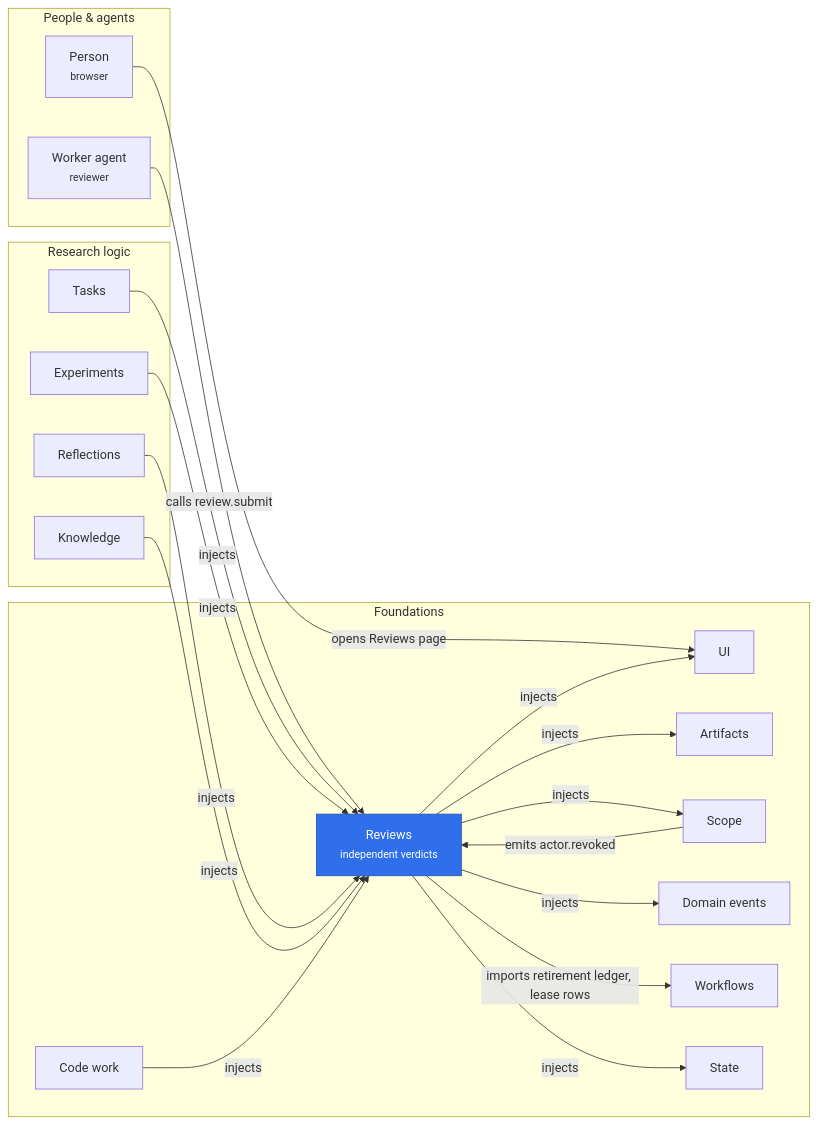
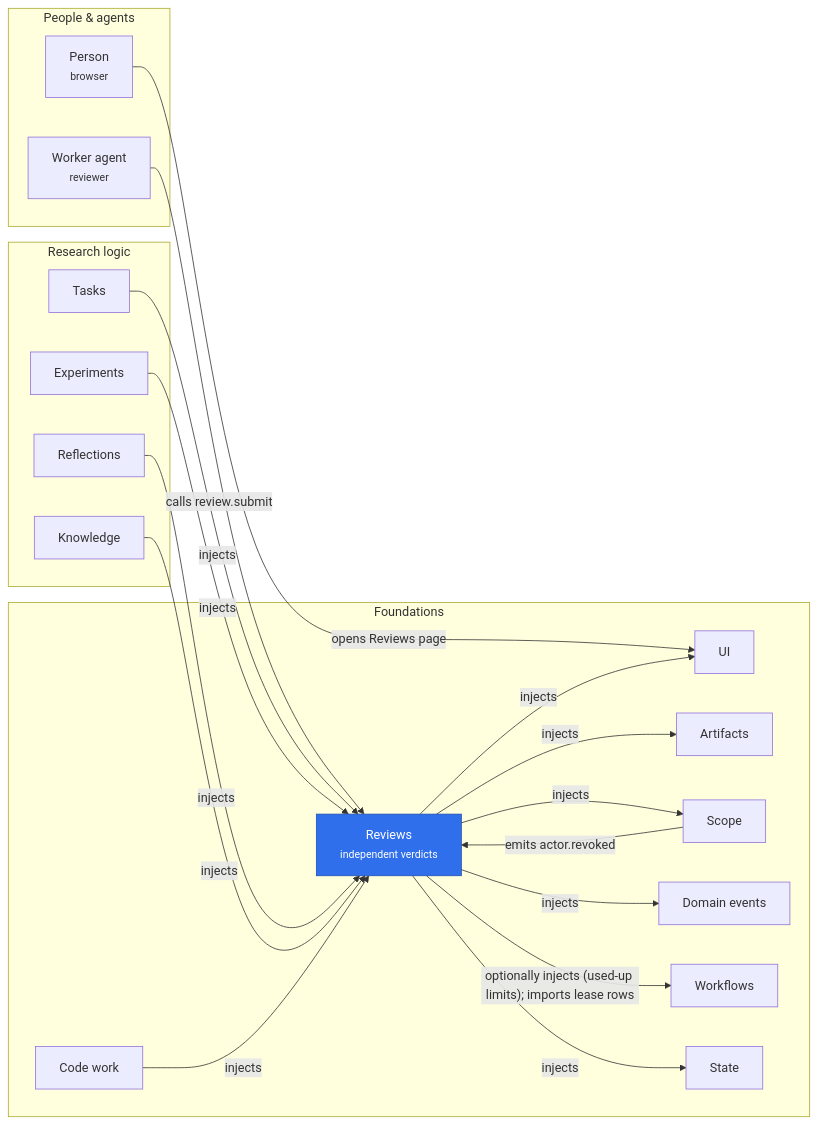
One commit to rapidreview-io/Merv changed the diagram in merv-typescript/packages/reviews/README.md. Above: the diagram before and after it, drawn with Mermaid. The commit also changed other lines of this file and 14 other files, not shown here.

First line of the commit message:
Reviews rules out returning verdicts at a used-up limit and words every owner's review card

````diff
--- a/merv-typescript/packages/reviews/README.md
+++ b/merv-typescript/packages/reviews/README.md
@@ -7,39 +7,39 @@
 ```mermaid
 flowchart LR
   subgraph peopleLayer["People & agents"]
     person["Person<br/><small>browser</small>"]
     workerAgent["Worker agent<br/><small>reviewer</small>"]
   end
   subgraph researchLayer["Research logic"]
     tasks["Tasks"]
     experiments["Experiments"]
     reflections["Reflections"]
     knowledge["Knowledge"]
   end
   subgraph foundationsLayer["Foundations"]
     reviews["Reviews<br/><small>independent verdicts</small>"]
     codeWork["Code work"]
     ui["UI"]
     artifacts["Artifacts"]
     scope["Scope"]
     domainEvents["Domain events"]
     workflows["Workflows"]
     state["State"]
   end
   workerAgent -- "calls review.submit" --> reviews
   person -- "opens Reviews page" --> ui
   reviews -- "injects" --> ui
   tasks -- "injects" --> reviews
   experiments -- "injects" --> reviews
   reflections -- "injects" --> reviews
   knowledge -- "injects" --> reviews
   codeWork -- "injects" --> reviews
   reviews -- "injects" --> artifacts
   reviews -- "injects" --> scope
   reviews -- "injects" --> domainEvents
   reviews -- "injects" --> state
-  reviews -- "imports retirement ledger, lease rows" --> workflows
+  reviews -- "optionally injects (used-up limits); imports lease rows" --> workflows
   scope -- "emits actor.revoked" --> reviews
   classDef self fill:#2f6feb,color:#fff,stroke:#1f4fb0
   class reviews self
 ```
````
